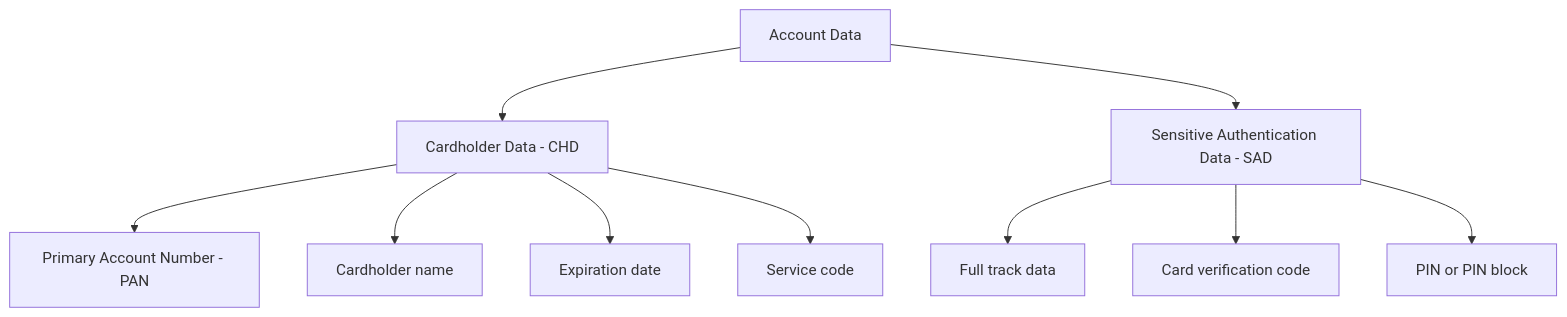
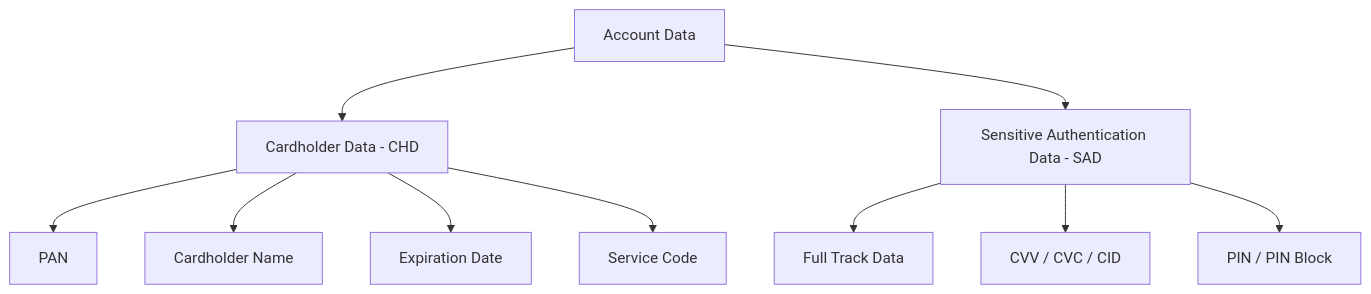
Before and after one commit to AvadhBhalodiya/Interview-Preparation: the second of 6 diagrams in src/content/payments/pci-dss-basics.md, drawn with Mermaid. The commit also changed other lines of this file and 54 other files, not shown here.

````diff
--- a/src/content/payments/pci-dss-basics.md
+++ b/src/content/payments/pci-dss-basics.md
@@ -106,14 +114,14 @@
 ```mermaid
 flowchart TD
     A[Account Data] --> B[Cardholder Data - CHD]
     A --> C[Sensitive Authentication Data - SAD]
 
-    B --> B1[Primary Account Number - PAN]
-    B --> B2[Cardholder name]
-    B --> B3[Expiration date]
-    B --> B4[Service code]
+    B --> B1[PAN]
+    B --> B2[Cardholder Name]
+    B --> B3[Expiration Date]
+    B --> B4[Service Code]
 
-    C --> C1[Full track data]
-    C --> C2[Card verification code]
-    C --> C3[PIN or PIN block]
+    C --> C1[Full Track Data]
+    C --> C2[CVV / CVC / CID]
+    C --> C3[PIN / PIN Block]
 ```
````
